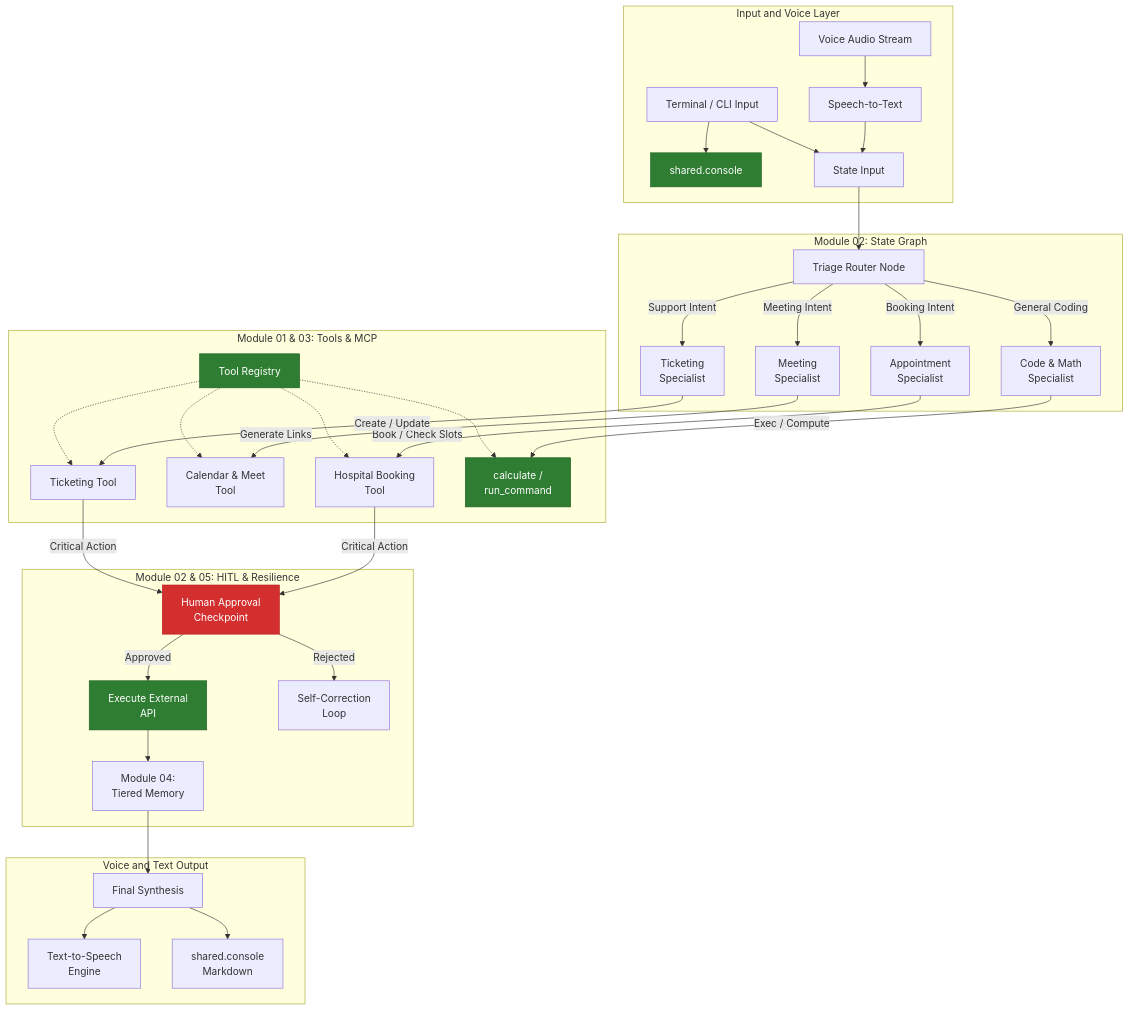
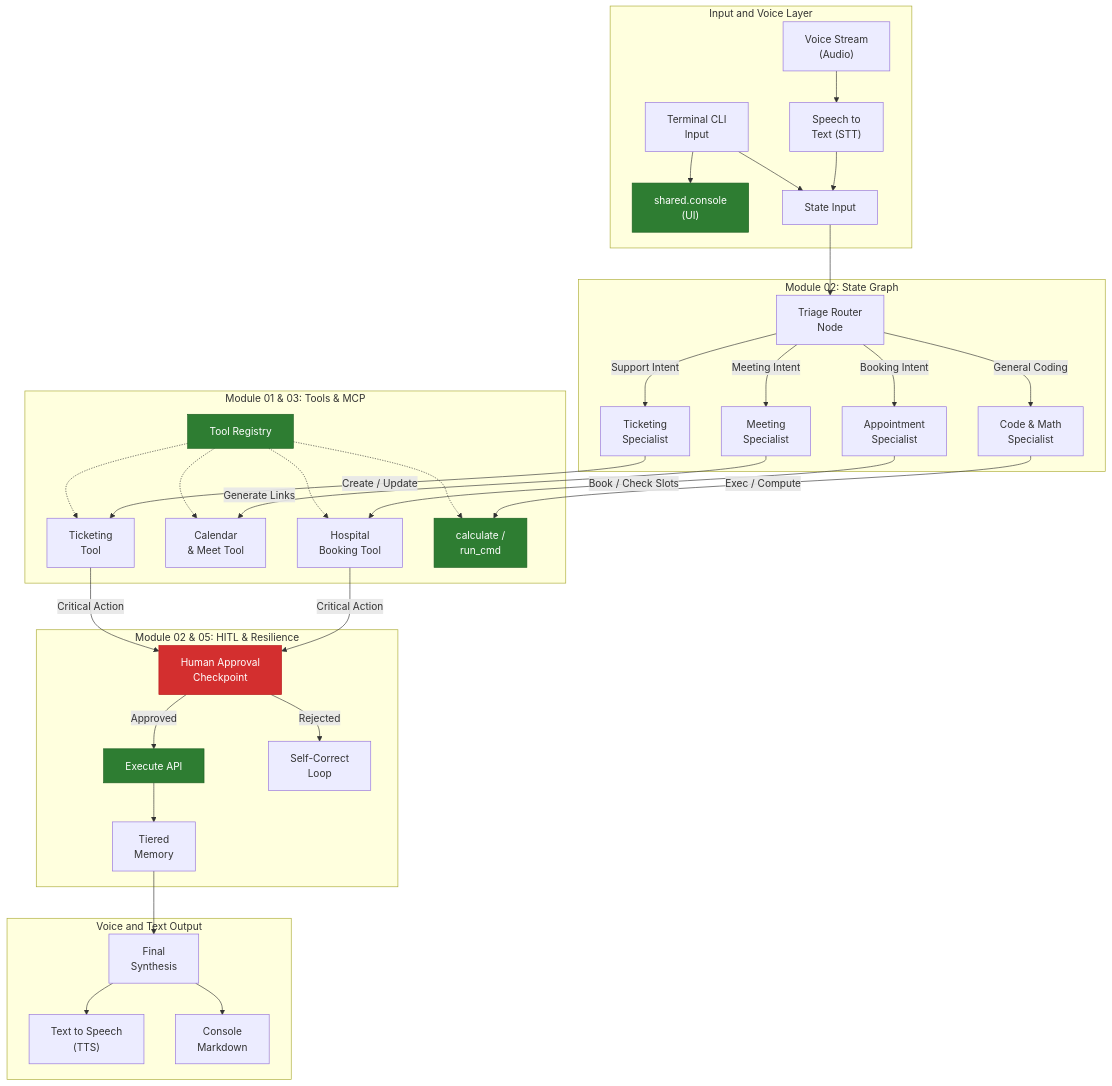
The diagram in docs/knowledge_graph.md (Firojpaudel/Agentic), drawn with Mermaid before and after one commit. The commit also changed 2 other files, not shown here.

Commit message:
docs: add Mermaid flowchart to Module 01 and format node widths with padding across all diagrams

````diff
--- a/docs/knowledge_graph.md
+++ b/docs/knowledge_graph.md
@@ -9,49 +9,49 @@
 ```mermaid
 graph TD
-    subgraph UserInterface ["Input and Voice Layer"]
-        VI["Voice Audio Stream"] --> STT["Speech-to-Text"]
-        TI["Terminal / CLI Input"] --> SharedUI["shared.console"]
-        STT --> ST["State Input"]
+    subgraph UserInterface ["&nbsp;Input and Voice Layer&nbsp;"]
+        VI["&nbsp;Voice Stream&nbsp;<br/>&nbsp;(Audio)&nbsp;"] --> STT["&nbsp;Speech to&nbsp;<br/>&nbsp;Text (STT)&nbsp;"]
+        TI["&nbsp;Terminal CLI&nbsp;<br/>&nbsp;Input&nbsp;"] --> SharedUI["&nbsp;shared.console&nbsp;<br/>&nbsp;(UI)&nbsp;"]
+        STT --> ST["&nbsp;State Input&nbsp;"]
         TI --> ST
     end
 
-    subgraph OrchestrationLayer ["Module 02: State Graph"]
-        ST --> TG["Triage Router Node"]
-        TG -->|Booking Intent| BA["Appointment<br/>Specialist"]
-        TG -->|Meeting Intent| MA["Meeting<br/>Specialist"]
-        TG -->|Support Intent| TA["Ticketing<br/>Specialist"]
-        TG -->|General Coding| CA["Code & Math<br/>Specialist"]
+    subgraph OrchestrationLayer ["&nbsp;Module 02: State Graph&nbsp;"]
+        ST --> TG["&nbsp;Triage Router&nbsp;<br/>&nbsp;Node&nbsp;"]
+        TG -->|Booking Intent| BA["&nbsp;Appointment&nbsp;<br/>&nbsp;Specialist&nbsp;"]
+        TG -->|Meeting Intent| MA["&nbsp;Meeting&nbsp;<br/>&nbsp;Specialist&nbsp;"]
+        TG -->|Support Intent| TA["&nbsp;Ticketing&nbsp;<br/>&nbsp;Specialist&nbsp;"]
+        TG -->|General Coding| CA["&nbsp;Code & Math&nbsp;<br/>&nbsp;Specialist&nbsp;"]
     end
 
-    subgraph ToolsAndProtocols ["Module 01 & 03: Tools & MCP"]
-        TR["Tool Registry"]
-        BA -->|Book / Check Slots| HT["Hospital Booking<br/>Tool"]
-        MA -->|Generate Links| GM["Calendar & Meet<br/>Tool"]
-        TA -->|Create / Update| TT["Ticketing Tool"]
-        CA -->|Exec / Compute| CT["calculate /<br/>run_command"]
+    subgraph ToolsAndProtocols ["&nbsp;Module 01 & 03: Tools & MCP&nbsp;"]
+        TR["&nbsp;Tool Registry&nbsp;"]
+        BA -->|Book / Check Slots| HT["&nbsp;Hospital&nbsp;<br/>&nbsp;Booking Tool&nbsp;"]
+        MA -->|Generate Links| GM["&nbsp;Calendar&nbsp;<br/>&nbsp;&amp; Meet Tool&nbsp;"]
+        TA -->|Create / Update| TT["&nbsp;Ticketing&nbsp;<br/>&nbsp;Tool&nbsp;"]
+        CA -->|Exec / Compute| CT["&nbsp;calculate /&nbsp;<br/>&nbsp;run_cmd&nbsp;"]
         TR -.-> HT
         TR -.-> GM
         TR -.-> TT
         TR -.-> CT
     end
 
-    subgraph SafetyAndDurability ["Module 02 & 05: HITL & Resilience"]
-        HT -->|Critical Action| HITL["Human Approval<br/>Checkpoint"]
+    subgraph SafetyAndDurability ["&nbsp;Module 02 & 05: HITL & Resilience&nbsp;"]
+        HT -->|Critical Action| HITL["&nbsp;Human Approval&nbsp;<br/>&nbsp;Checkpoint&nbsp;"]
         TT -->|Critical Action| HITL
-        HITL -->|Approved| COMMIT["Execute External<br/>API"]
-        HITL -->|Rejected| FEEDBACK["Self-Correction<br/>Loop"]
-        COMMIT --> MEM["Module 04:<br/>Tiered Memory"]
+        HITL -->|Approved| COMMIT["&nbsp;Execute API&nbsp;"]
+        HITL -->|Rejected| FEEDBACK["&nbsp;Self-Correct&nbsp;<br/>&nbsp;Loop&nbsp;"]
+        COMMIT --> MEM["&nbsp;Tiered&nbsp;<br/>&nbsp;Memory&nbsp;"]
     end
 
-    subgraph OutputLayer ["Voice and Text Output"]
-        MEM --> SYNTH["Final Synthesis"]
-        SYNTH --> TTS["Text-to-Speech<br/>Engine"]
-        SYNTH --> OUT["shared.console<br/>Markdown"]
+    subgraph OutputLayer ["&nbsp;Voice and Text Output&nbsp;"]
+        MEM --> SYNTH["&nbsp;Final&nbsp;<br/>&nbsp;Synthesis&nbsp;"]
+        SYNTH --> TTS["&nbsp;Text to Speech&nbsp;<br/>&nbsp;(TTS)&nbsp;"]
+        SYNTH --> OUT["&nbsp;Console&nbsp;<br/>&nbsp;Markdown&nbsp;"]
     end
 
     style CT fill:#2e7d32,stroke:#1b5e20,color:#fff
     style TR fill:#2e7d32,stroke:#1b5e20,color:#fff
     style SharedUI fill:#2e7d32,stroke:#1b5e20,color:#fff
     style HITL fill:#d32f2f,stroke:#b71c1c,color:#fff
     style COMMIT fill:#2e7d32,stroke:#1b5e20,color:#fff
 ```
````
